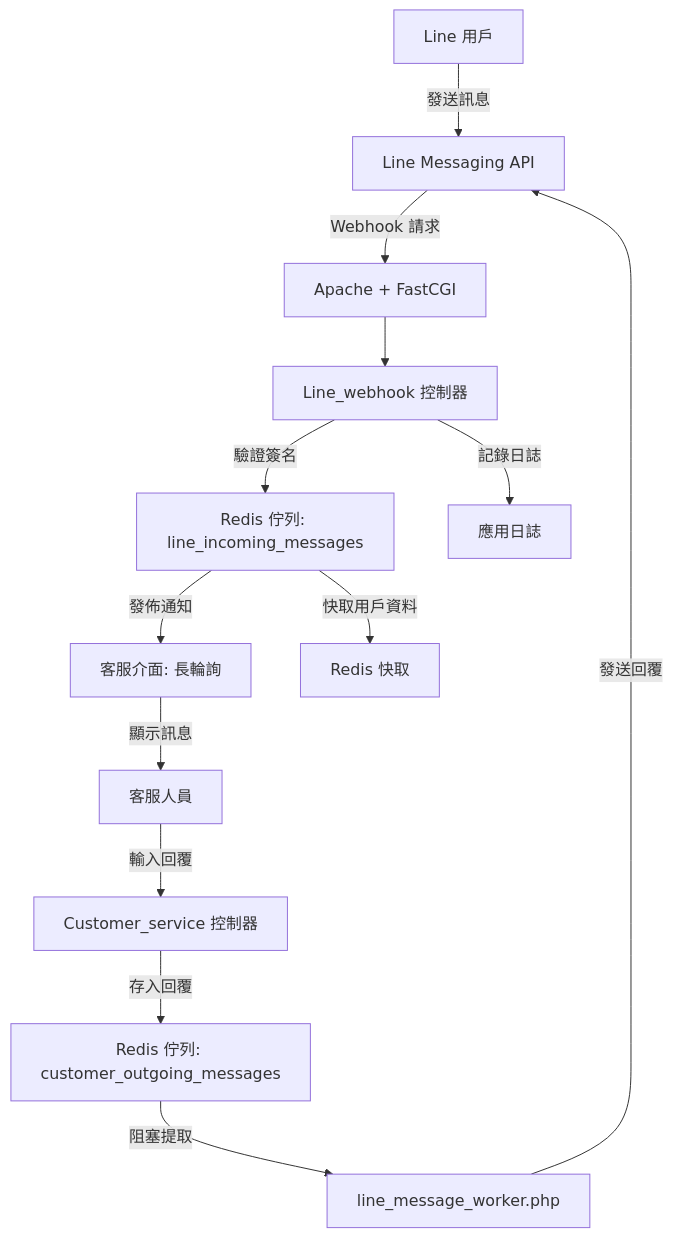
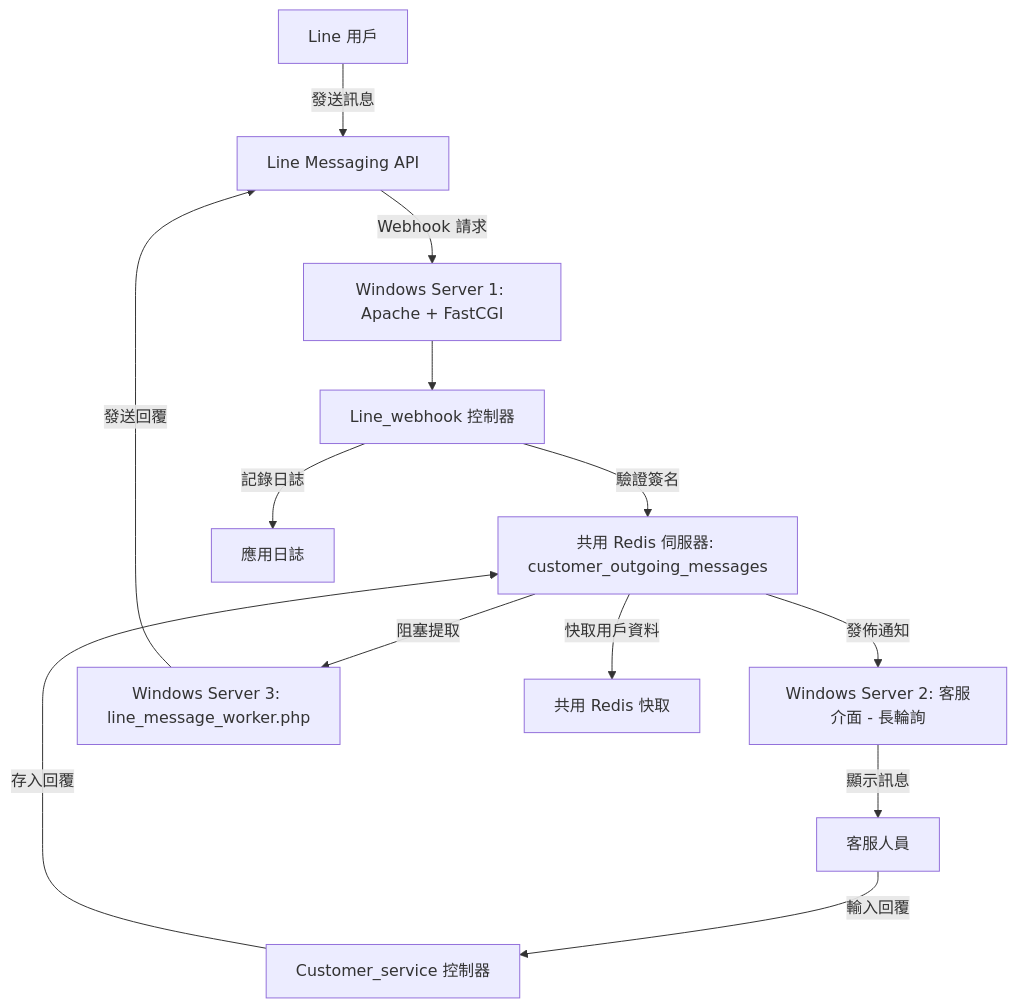
The diagram in README.md (BpsEason/LineLiveChat_CI), drawn with Mermaid before and after one commit. The commit also changed other lines of this file, not shown here.

````diff
--- a/README.md
+++ b/README.md
@@ -24,15 +25,15 @@
 ```mermaid
 graph TD
     A[Line 用戶] -->|發送訊息| B[Line Messaging API]
-    B -->|Webhook 請求| C[Apache + FastCGI]
+    B -->|Webhook 請求| C[Windows Server 1: Apache + FastCGI]
     C --> D[Line_webhook 控制器]
-    D -->|驗證簽名| E[Redis 佇列: line_incoming_messages]
-    E -->|發佈通知| F[客服介面: 長輪詢]
+    D -->|驗證簽名| E[共用 Redis 伺服器: line_incoming_messages]
+    E -->|發佈通知| F[Windows Server 2: 客服介面 - 長輪詢]
     F -->|顯示訊息| G[客服人員]
     G -->|輸入回覆| H[Customer_service 控制器]
-    H -->|存入回覆| I[Redis 佇列: customer_outgoing_messages]
-    I -->|阻塞提取| J[line_message_worker.php]
-    J -->|發送回覆| B
-    E -->|快取用戶資料| K[Redis 快取]
-    D -->|記錄日誌| L[應用日誌]
+    H -->|存入回覆| E[共用 Redis 伺服器: customer_outgoing_messages]
+    E -->|阻塞提取| I[Windows Server 3: line_message_worker.php]
+    I -->|發送回覆| B
+    E -->|快取用戶資料| J[共用 Redis 快取]
+    D -->|記錄日誌| K[應用日誌]
 ```
````
